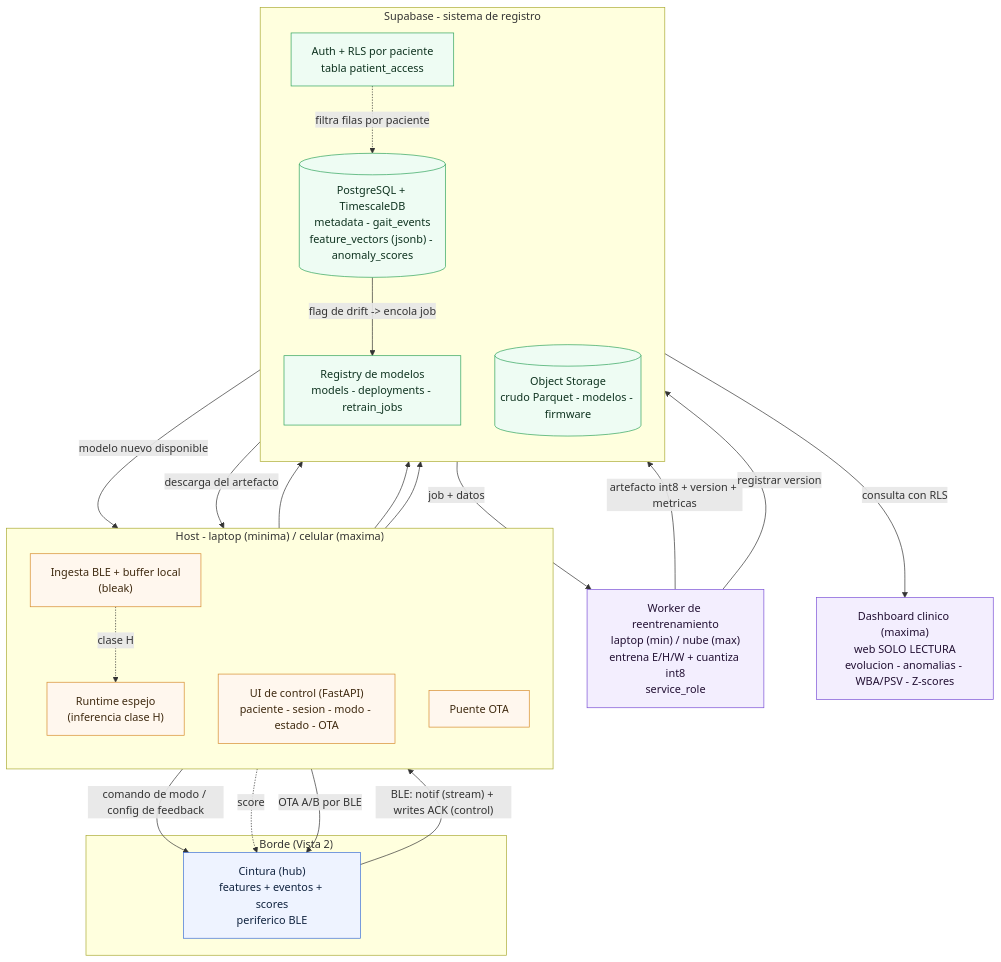
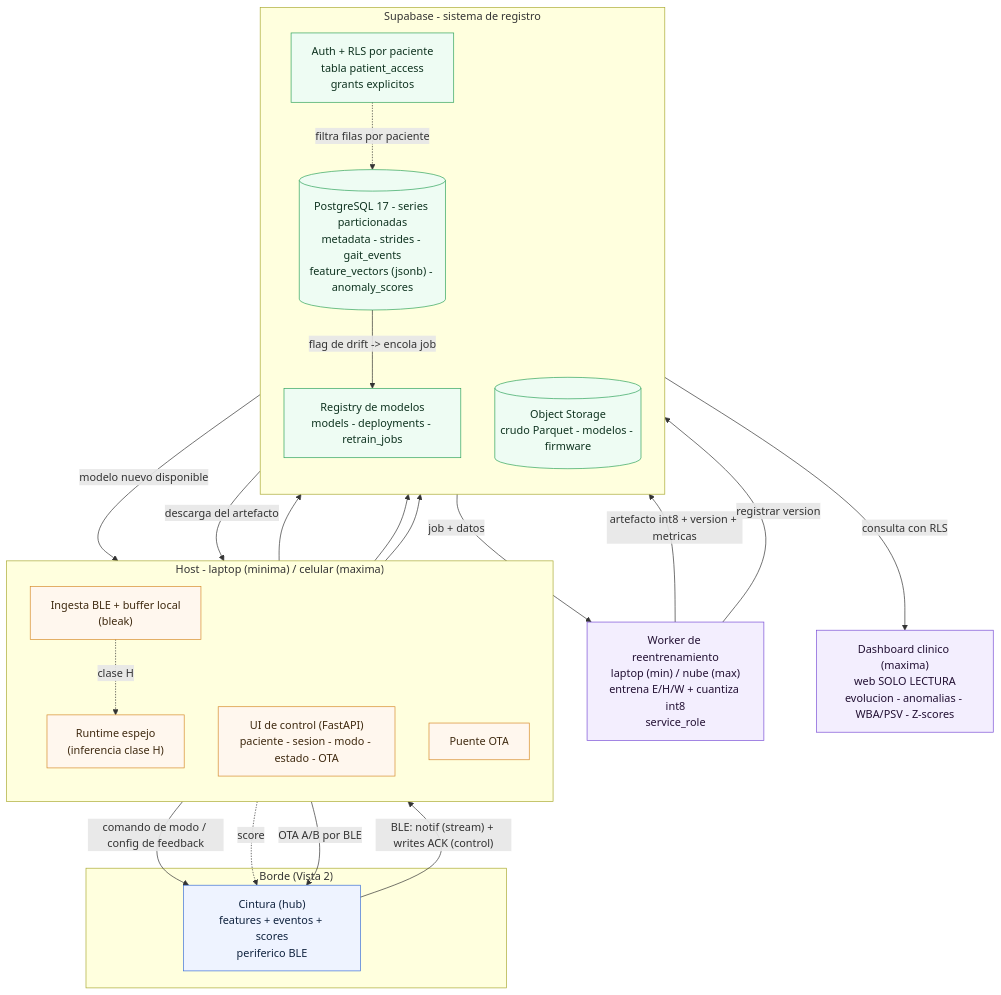
One commit to juanbag25/Tesis_Gramaglia_Azcueta changed the diagram in docs/arquitectura/componentes_backend_app.mermaid. Above: the diagram before and after it, drawn with Mermaid. The commit also changed 17 other files, not shown here.

```diff
--- a/docs/arquitectura/componentes_backend_app.mermaid
+++ b/docs/arquitectura/componentes_backend_app.mermaid
@@ -1,56 +1,56 @@
 %% Componentes y flujos del backend / aplicacion (Vista 4)
 %% Que hace cada pieza fuera de los micros y como se conectan
 %% Ref: 4_vista_backend_app.md ; ADR-006/007/008/009/012/031/032/033/034
 
 flowchart TB
 
     subgraph BORDE["Borde (Vista 2)"]
         CI["Cintura (hub)<br/>features + eventos + scores<br/>periferico BLE"]
     end
 
     subgraph HOST["Host - laptop (minima) / celular (maxima)"]
         direction TB
         ING["Ingesta BLE + buffer local<br/>(bleak)"]
         UI["UI de control (FastAPI)<br/>paciente - sesion - modo - estado - OTA"]
         MIR["Runtime espejo<br/>(inferencia clase H)"]
         PUE["Puente OTA"]
     end
 
     subgraph SB["Supabase - sistema de registro"]
         direction TB
-        DB[("PostgreSQL + TimescaleDB<br/>metadata - gait_events<br/>feature_vectors (jsonb) - anomaly_scores")]
+        DB[("PostgreSQL 17 - series particionadas<br/>metadata - strides - gait_events<br/>feature_vectors (jsonb) - anomaly_scores")]
         OBJ[("Object Storage<br/>crudo Parquet - modelos - firmware")]
-        AUTH["Auth + RLS por paciente<br/>tabla patient_access"]
+        AUTH["Auth + RLS por paciente<br/>tabla patient_access<br/>grants explicitos"]
         REG["Registry de modelos<br/>models - deployments - retrain_jobs"]
     end
 
     WK["Worker de reentrenamiento<br/>laptop (min) / nube (max)<br/>entrena E/H/W + cuantiza int8<br/>service_role"]
     DASH["Dashboard clinico (maxima)<br/>web SOLO LECTURA<br/>evolucion - anomalias - WBA/PSV - Z-scores"]
 
     CI -->|"BLE: notif (stream) + writes ACK (control)"| ING
     UI -->|"comando de modo / config de feedback"| CI
     ING --> DB
     ING --> OBJ
     UI --> DB
     ING -.->|"clase H"| MIR
     MIR -.->|"score"| CI
 
     DB -->|"flag de drift -> encola job"| REG
     REG -->|"job + datos"| WK
     WK -->|"artefacto int8 + version + metricas"| OBJ
     WK -->|"registrar version"| REG
     REG -->|"modelo nuevo disponible"| PUE
     OBJ -->|"descarga del artefacto"| PUE
     PUE -->|"OTA A/B por BLE"| CI
 
     AUTH -.->|"filtra filas por paciente"| DB
     DB -->|"consulta con RLS"| DASH
 
     classDef borde fill:#eef3ff,stroke:#3b6fd6,stroke-width:1px,color:#10233f;
     classDef host fill:#fff7ee,stroke:#d68b2c,stroke-width:1px,color:#3f2a10;
     classDef sb fill:#eefcf3,stroke:#2fa35b,stroke-width:1px,color:#0f3320;
     classDef ext fill:#f3eefe,stroke:#7a4fd6,stroke-width:1px,color:#221033;
     class CI borde;
     class ING,UI,MIR,PUE host;
     class DB,OBJ,AUTH,REG sb;
     class WK,DASH ext;
```
